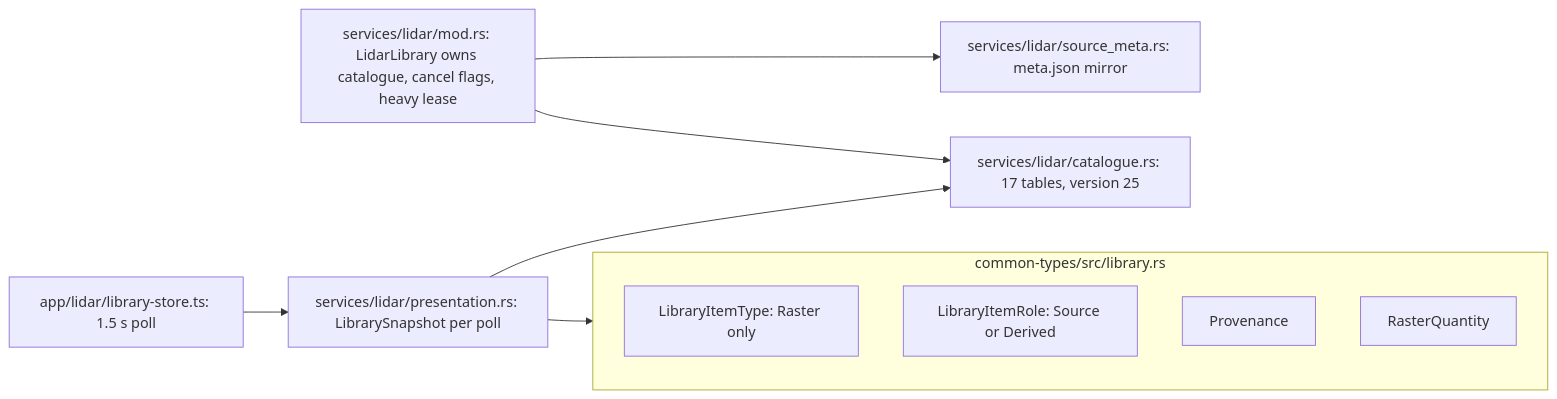
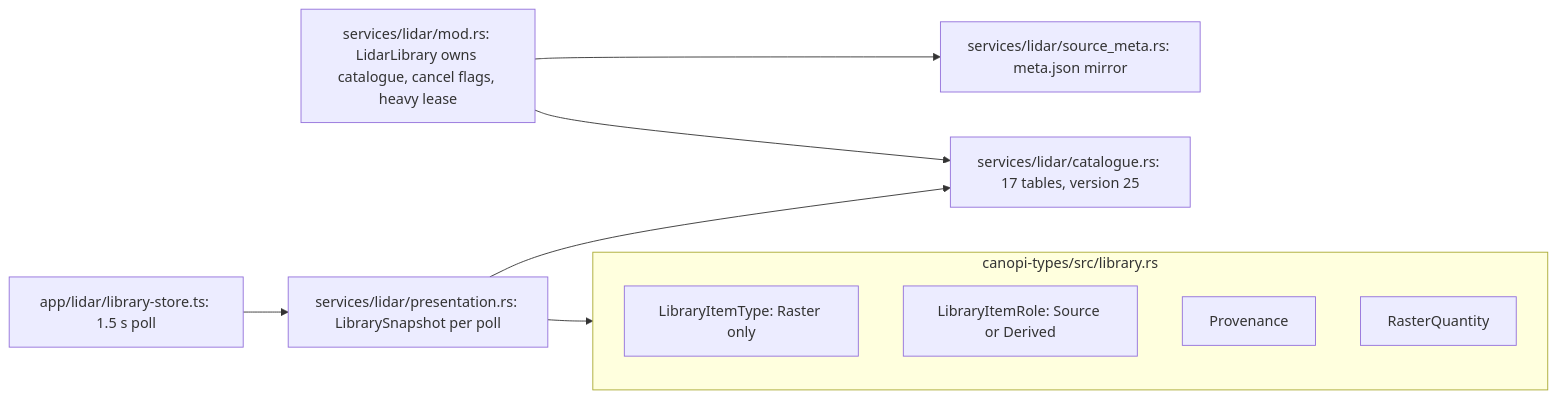
Before and after one commit to opencanopi/canopi: the second of 10 diagrams in docs/architecture/data-services.md, drawn with Mermaid. The commit also changed other lines of this file and 222 other files, not shown here.

````diff
--- a/docs/architecture/data-services.md
+++ b/docs/architecture/data-services.md
@@ -74,19 +74,19 @@
 ```mermaid
 flowchart LR
-  subgraph types[common-types/src/library.rs]
+  subgraph types[canopi-types/src/library.rs]
     T[LibraryItemType: Raster only]
     R[LibraryItemRole: Source or Derived]
     P[Provenance]
     Q[RasterQuantity]
   end
   CAT[services/lidar/catalogue.rs: 17 tables, version 25]
   LIB[services/lidar/mod.rs: LidarLibrary owns catalogue, cancel flags, heavy lease]
   PRES[services/lidar/presentation.rs: LibrarySnapshot per poll]
   META[services/lidar/source_meta.rs: meta.json mirror]
   STORE[app/lidar/library-store.ts: 1.5 s poll]
   LIB --> CAT
   LIB --> META
   PRES --> CAT
   PRES --> types
   STORE --> PRES
 ```
````
